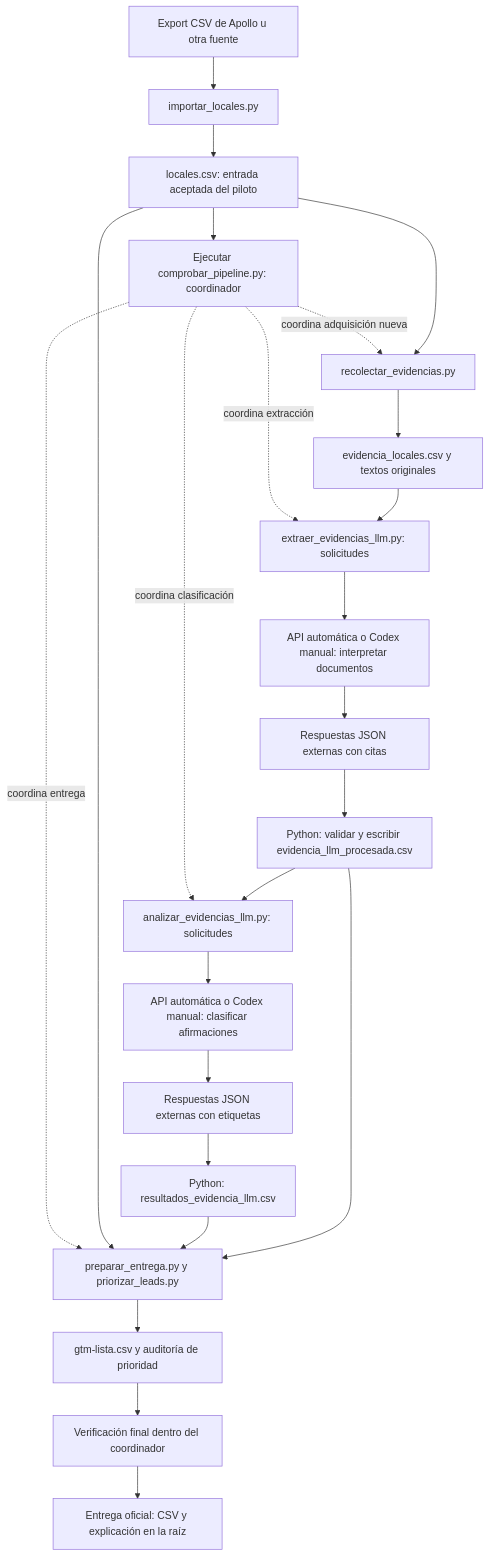
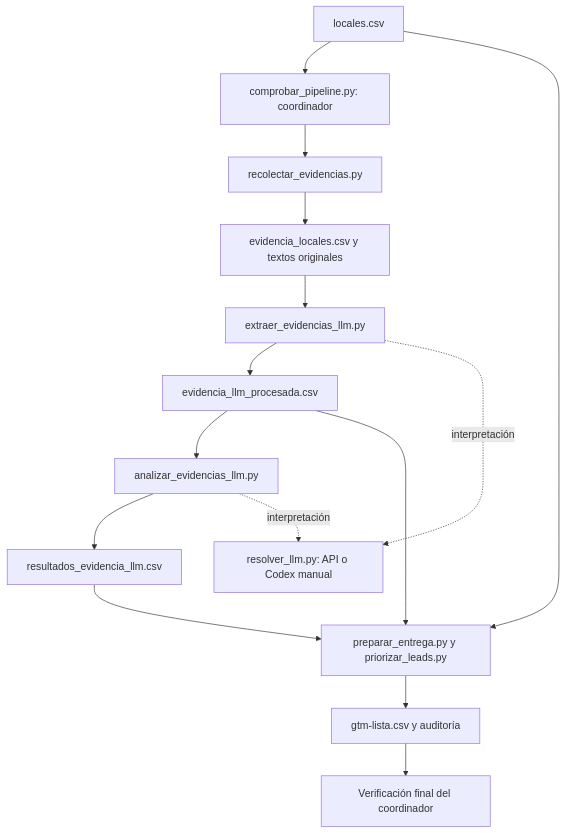
One commit to isardi4/heytruffle-analysis changed the diagram in ARQUITECTURA.md. Above: the diagram before and after it, drawn with Mermaid. The commit also changed other lines of this file and 7 other files, not shown here.

````diff
--- a/ARQUITECTURA.md
+++ b/ARQUITECTURA.md
@@ -13,26 +9,17 @@
 ```mermaid
 flowchart TD
-    A[Export CSV de Apollo u otra fuente] --> B[importar_locales.py]
-    B --> C[locales.csv: entrada aceptada del piloto]
-    C --> R[Ejecutar comprobar_pipeline.py: coordinador]
-    R -. coordina adquisición nueva .-> D
-    R -. coordina extracción .-> F
-    R -. coordina clasificación .-> J
-    R -. coordina entrega .-> N
-    C --> D[recolectar_evidencias.py]
-    D --> E[evidencia_locales.csv y textos originales]
-    E --> F[extraer_evidencias_llm.py: solicitudes]
-    F --> G[API automática o Codex manual: interpretar documentos]
-    G --> H[Respuestas JSON externas con citas]
-    H --> I[Python: validar y escribir evidencia_llm_procesada.csv]
-    I --> J[analizar_evidencias_llm.py: solicitudes]
-    J --> K[API automática o Codex manual: clasificar afirmaciones]
-    K --> L[Respuestas JSON externas con etiquetas]
-    L --> M[Python: resultados_evidencia_llm.csv]
-    C --> N[preparar_entrega.py y priorizar_leads.py]
-    M --> N
-    I --> N
-    N --> O[gtm-lista.csv y auditoría de prioridad]
-    O --> P[Verificación final dentro del coordinador]
-    P --> Q[Entrega oficial: CSV y explicación en la raíz]
+    A[locales.csv] --> B[comprobar_pipeline.py: coordinador]
+    B --> C[recolectar_evidencias.py]
+    C --> D[evidencia_locales.csv y textos originales]
+    D --> E[extraer_evidencias_llm.py]
+    E --> F[evidencia_llm_procesada.csv]
+    F --> G[analizar_evidencias_llm.py]
+    G --> H[resultados_evidencia_llm.csv]
+    H --> I[preparar_entrega.py y priorizar_leads.py]
+    A --> I
+    F --> I
+    I --> J[gtm-lista.csv y auditoría]
+    J --> K[Verificación final del coordinador]
+    E -. interpretación .-> L[resolver_llm.py: API o Codex manual]
+    G -. interpretación .-> L
 ```
````
